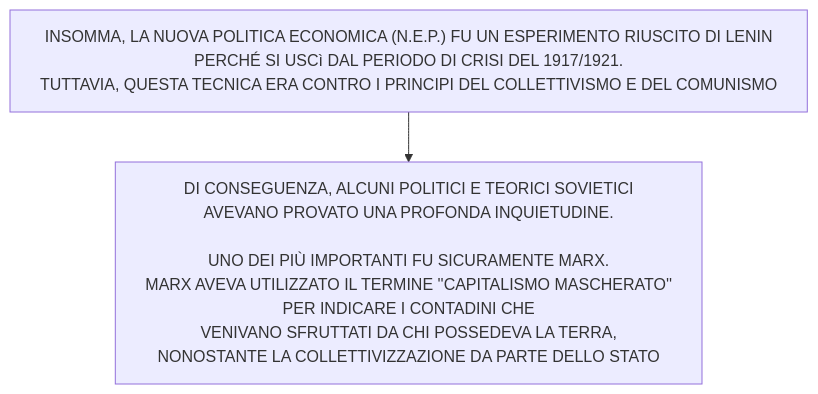
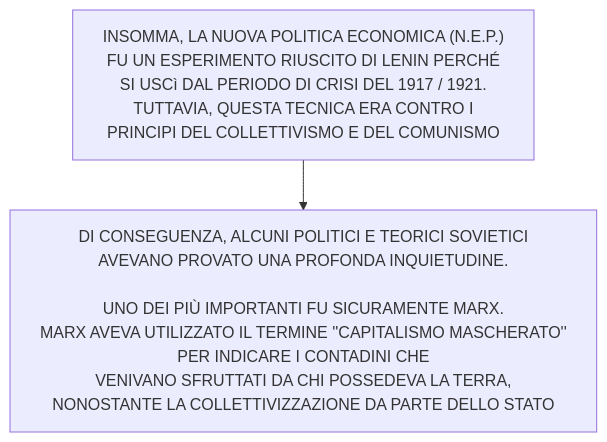
One commit to Laaouatni/ricerca-storia-MermaidJS changed diagram 21 of 22 in stalinismoRiscrittura.md. Above: the diagram before and after it, drawn with Mermaid.

````diff
--- a/stalinismoRiscrittura.md
+++ b/stalinismoRiscrittura.md
@@ -415,7 +415,7 @@
 ```mermaid
 %%{init: { "flowchart": { "wrappingWidth": 800 } }}%%
 flowchart TB
-  2["INSOMMA, LA NUOVA POLITICA ECONOMICA (N.E.P.) FU UN ESPERIMENTO RIUSCITO DI LENIN <BR>PERCHÉ SI USCì DAL PERIODO DI CRISI DEL 1917/1921. <BR>TUTTAVIA, QUESTA TECNICA ERA CONTRO I PRINCIPI DEL COLLETTIVISMO E DEL COMUNISMO"]
+  2["INSOMMA, LA NUOVA POLITICA ECONOMICA (N.E.P.) <br>FU UN ESPERIMENTO RIUSCITO DI LENIN PERCHÉ <BR>SI USCì DAL PERIODO DI CRISI DEL 1917 / 1921. <BR>TUTTAVIA, QUESTA TECNICA ERA CONTRO I <br>PRINCIPI DEL COLLETTIVISMO E DEL COMUNISMO"]
   3[DI CONSEGUENZA, ALCUNI POLITICI E TEORICI SOVIETICI <br>AVEVANO PROVATO UNA PROFONDA INQUIETUDINE. <br><br>UNO DEI PIÙ IMPORTANTI FU SICURAMENTE MARX. <br>MARX AVEVA UTILIZZATO IL TERMINE ''CAPITALISMO MASCHERATO'' <br>PER INDICARE I CONTADINI CHE <br>VENIVANO SFRUTTATI DA CHI POSSEDEVA LA TERRA,<br> NONOSTANTE LA COLLETTIVIZZAZIONE DA PARTE DELLO STATO]
   2 --> 3
 ```
````
